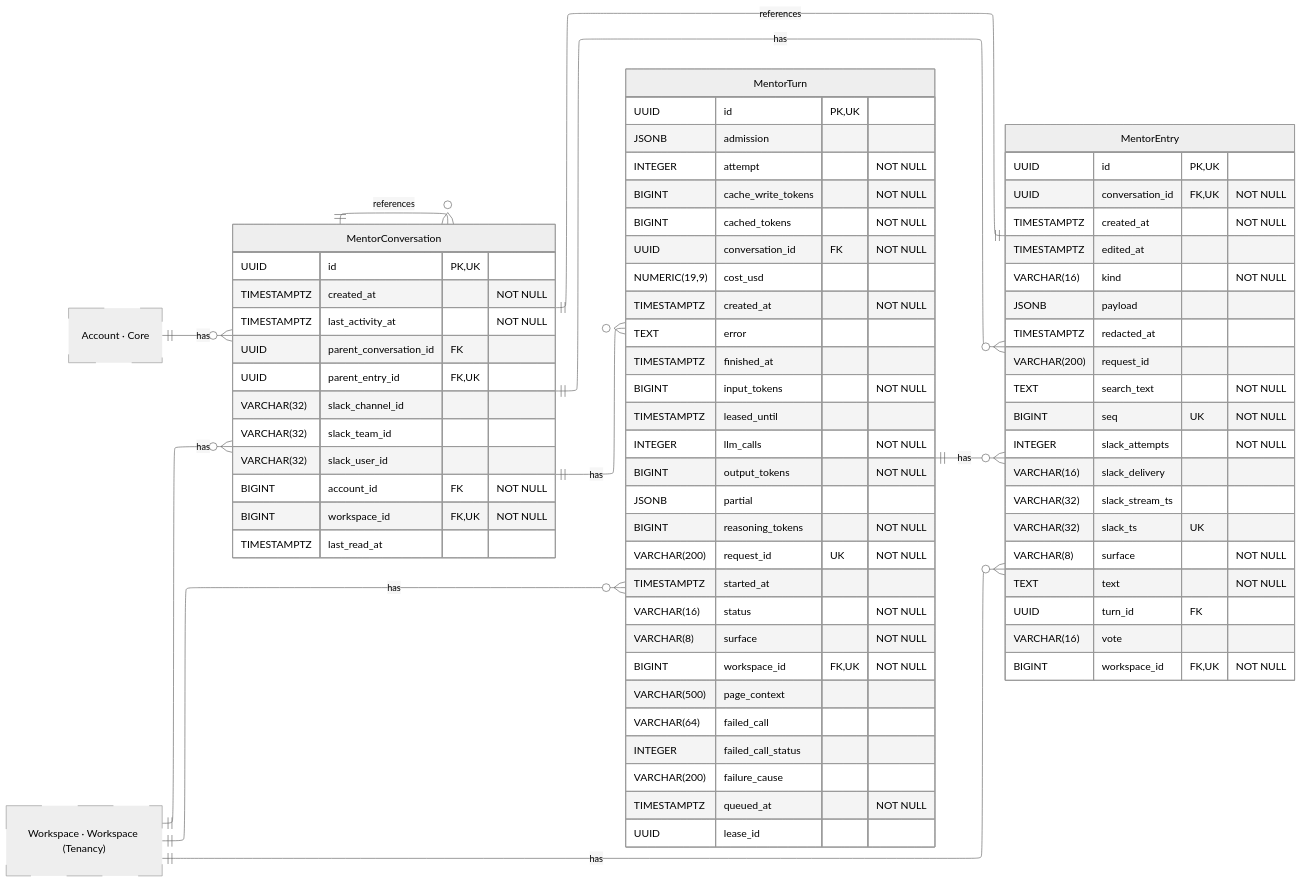
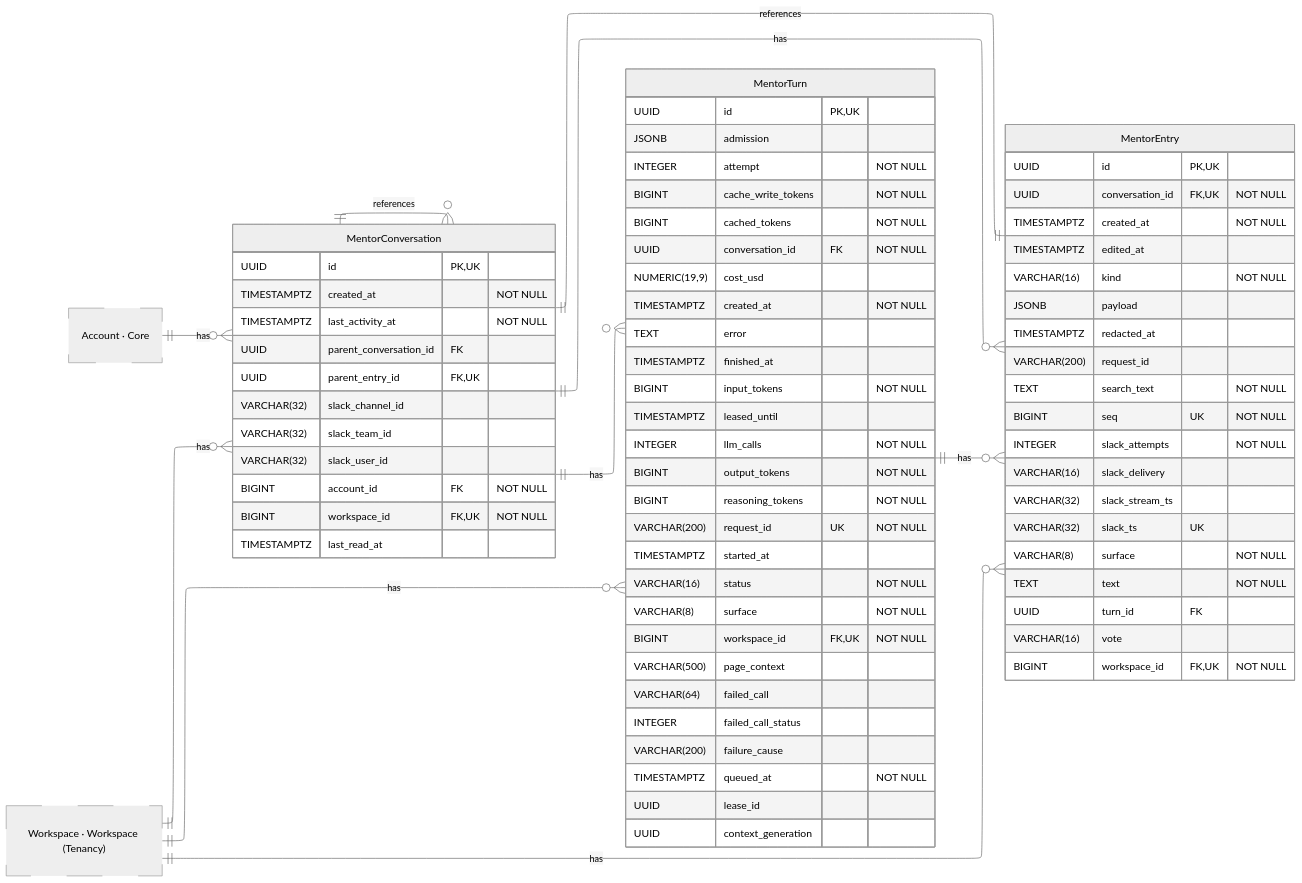
The diagram in docs/contributor/erd/mentor.mmd (hephaestus-build/Hephaestus), drawn with Mermaid (neutral theme) before and after one commit. The commit also changed 213 other files, not shown here.

```diff
--- a/docs/contributor/erd/mentor.mmd
+++ b/docs/contributor/erd/mentor.mmd
@@ -1,102 +1,102 @@
 ---
 config:
     layout: elk
 ---
 erDiagram
     %% Generated automatically from PostgreSQL database schema
     %% using scripts/generate-mermaid-erd.ts
     %% To regenerate: vp run db:generate-erd-docs
 
     direction LR
 
     MentorConversation {
         UUID id PK,UK
         TIMESTAMPTZ created_at "NOT NULL"
         TIMESTAMPTZ last_activity_at "NOT NULL"
         UUID parent_conversation_id FK
         UUID parent_entry_id FK,UK
         VARCHAR(32) slack_channel_id
         VARCHAR(32) slack_team_id
         VARCHAR(32) slack_user_id
         BIGINT account_id FK "NOT NULL"
         BIGINT workspace_id FK,UK "NOT NULL"
         TIMESTAMPTZ last_read_at
     }
 
     MentorEntry {
         UUID id PK,UK
         UUID conversation_id FK,UK "NOT NULL"
         TIMESTAMPTZ created_at "NOT NULL"
         TIMESTAMPTZ edited_at
         VARCHAR(16) kind "NOT NULL"
         JSONB payload
         TIMESTAMPTZ redacted_at
         VARCHAR(200) request_id
         TEXT search_text "NOT NULL"
         BIGINT seq UK "NOT NULL"
         INTEGER slack_attempts "NOT NULL"
         VARCHAR(16) slack_delivery
         VARCHAR(32) slack_stream_ts
         VARCHAR(32) slack_ts UK
         VARCHAR(8) surface "NOT NULL"
         TEXT text "NOT NULL"
         UUID turn_id FK
         VARCHAR(16) vote
         BIGINT workspace_id FK,UK "NOT NULL"
     }
 
     MentorTurn {
         UUID id PK,UK
         JSONB admission
         INTEGER attempt "NOT NULL"
         BIGINT cache_write_tokens "NOT NULL"
         BIGINT cached_tokens "NOT NULL"
         UUID conversation_id FK "NOT NULL"
         NUMERIC(19,9) cost_usd
         TIMESTAMPTZ created_at "NOT NULL"
         TEXT error
         TIMESTAMPTZ finished_at
         BIGINT input_tokens "NOT NULL"
         TIMESTAMPTZ leased_until
         INTEGER llm_calls "NOT NULL"
         BIGINT output_tokens "NOT NULL"
-        JSONB partial
         BIGINT reasoning_tokens "NOT NULL"
         VARCHAR(200) request_id UK "NOT NULL"
         TIMESTAMPTZ started_at
         VARCHAR(16) status "NOT NULL"
         VARCHAR(8) surface "NOT NULL"
         BIGINT workspace_id FK,UK "NOT NULL"
         VARCHAR(500) page_context
         VARCHAR(64) failed_call
         INTEGER failed_call_status
         VARCHAR(200) failure_cause
         TIMESTAMPTZ queued_at "NOT NULL"
         UUID lease_id
+        UUID context_generation
     }
 
     Account["Account · Core"]
     Workspace["Workspace · Workspace (Tenancy)"]
 
     %% Relationships
     %% One-to-One relationships
     MentorEntry ||--|| MentorConversation : references
 
     %% One-to-Many relationships
     Account ||--o{ MentorConversation : has
     MentorConversation ||--o{ MentorConversation : references
     Workspace ||--o{ MentorConversation : has
     MentorConversation ||--o{ MentorEntry : has
     MentorTurn ||--o{ MentorEntry : has
     Workspace ||--o{ MentorEntry : has
     MentorConversation ||--o{ MentorTurn : has
     Workspace ||--o{ MentorTurn : has
 
     %% Styling
     classDef primaryEntity stroke:#0288d1,stroke-width:2px
     classDef associationEntity stroke:#8e24aa,stroke-width:2px
     classDef metadataEntity stroke:#43a047,stroke-width:2px
     classDef referenceEntity stroke-dasharray:5 5
 
     class Account referenceEntity
     class Workspace referenceEntity
```
